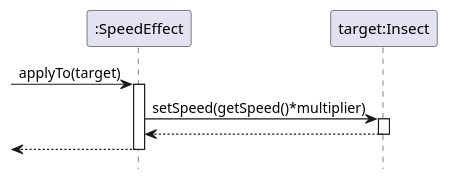
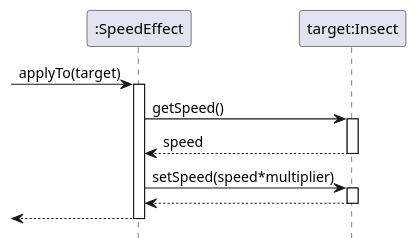
The diagram in SpeedEffect/application.pu (ZD4ve/projlab-error521), drawn with PlantUML before and after one commit. The commit also changed 3 other files, not shown here.

```diff
--- a/SpeedEffect/application.pu
+++ b/SpeedEffect/application.pu
@@ -1,17 +1,20 @@
 @startuml SpeedEffect/application
 hide footbox
 
 participant ":SpeedEffect" as effect
 participant "target:Insect" as target
 
 -> effect : applyTo(target)
 activate effect
 
-'a get set itt nem kéne külön? - (ugyanígy a többi effectnél is)
-effect -> target : setSpeed(getSpeed()*multiplier)
+effect -> target : getSpeed()
+activate target
+return speed
+
+effect -> target : setSpeed(speed*multiplier)
 activate target
 return
 
 <-- effect
 deactivate effect
 @enduml
```
